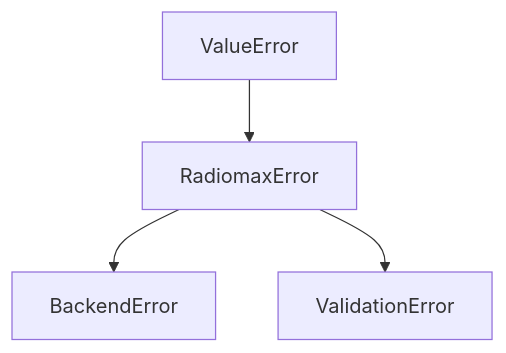
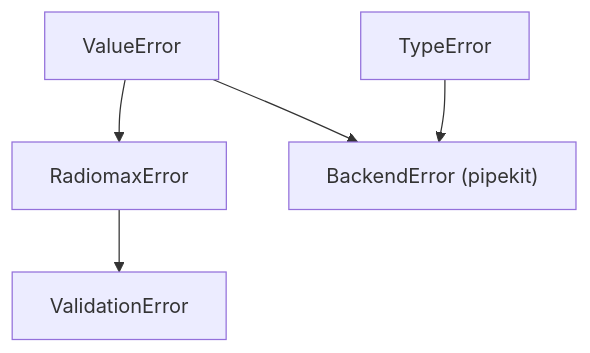
The diagram in docs/api/exceptions.md (jejjohnson/radiomax), drawn with Mermaid before and after one commit. The commit also changed other lines of this file and 43 other files, not shown here.

First line of the commit message:
refactor(backend): the array backend comes from pipekit_array.functions (#75)

````diff
--- a/docs/api/exceptions.md
+++ b/docs/api/exceptions.md
@@ -5,6 +7,7 @@
 ```mermaid
 graph TD
     V[ValueError] --> R[RadiomaxError]
-    R --> B[BackendError]
+    V --> B["BackendError (pipekit)"]
+    T[TypeError] --> B
     R --> A[ValidationError]
 ```
````
